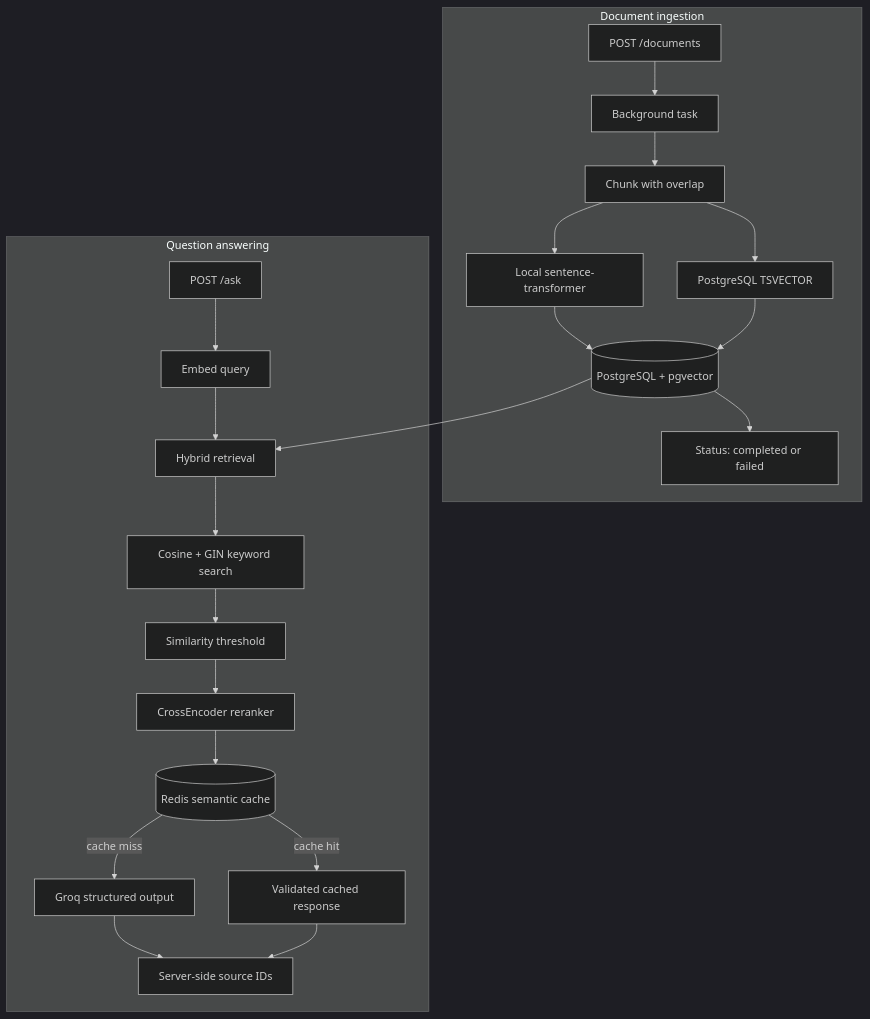
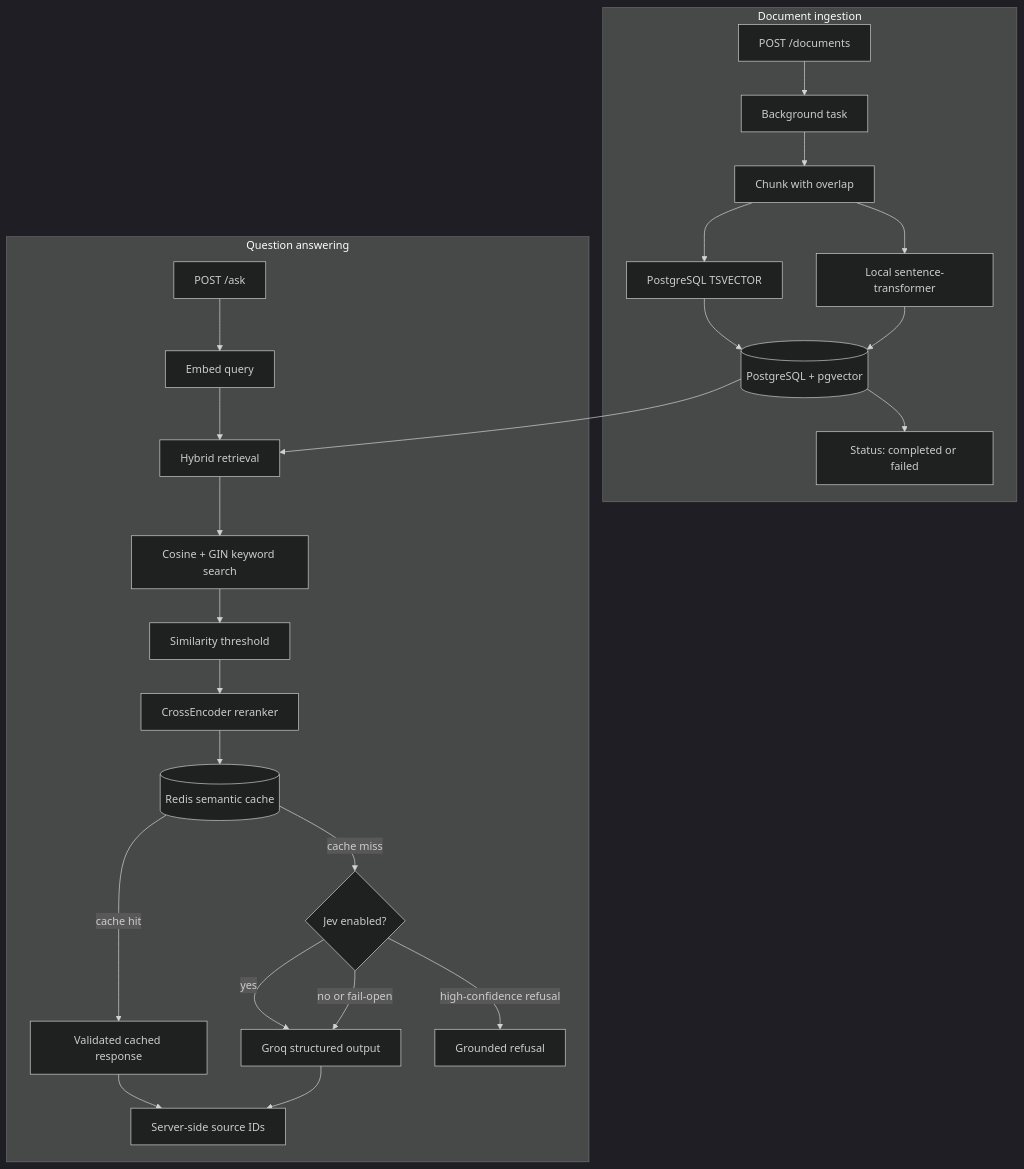
Before and after one commit to Kesarwani17/rag-knowledge-assistant-api: the diagram in README.md, drawn with Mermaid (dark theme). The commit also changed other lines of this file, not shown here.

Commit message:
feat: enhance README with detailed Jev guard functionality and request flow

````diff
--- a/README.md
+++ b/README.md
@@ -20,26 +50,29 @@
 ```mermaid
 flowchart TB
   subgraph INGEST[Document ingestion]
     A[POST /documents] --> B[Background task]
     B --> C[Chunk with overlap]
     C --> D[Local sentence-transformer]
     C --> E[PostgreSQL TSVECTOR]
     D --> F[(PostgreSQL + pgvector)]
     E --> F
     F --> G[Status: completed or failed]
   end
 
   subgraph ANSWER[Question answering]
     H[POST /ask] --> I[Embed query]
     I --> J[Hybrid retrieval]
     F --> J
     J --> K[Cosine + GIN keyword search]
     K --> L[Similarity threshold]
     L --> M[CrossEncoder reranker]
     M --> N[(Redis semantic cache)]
     N -- cache hit --> O[Validated cached response]
-    N -- cache miss --> P[Groq structured output]
-    P --> Q[Server-side source IDs]
-    O --> Q
+    N -- cache miss --> P{Jev enabled?}
+    P -- no or fail-open --> Q[Groq structured output]
+    P -- high-confidence refusal --> R[Grounded refusal]
+    P -- yes --> Q
+    Q --> S[Server-side source IDs]
+    O --> S
   end
 ```
````
